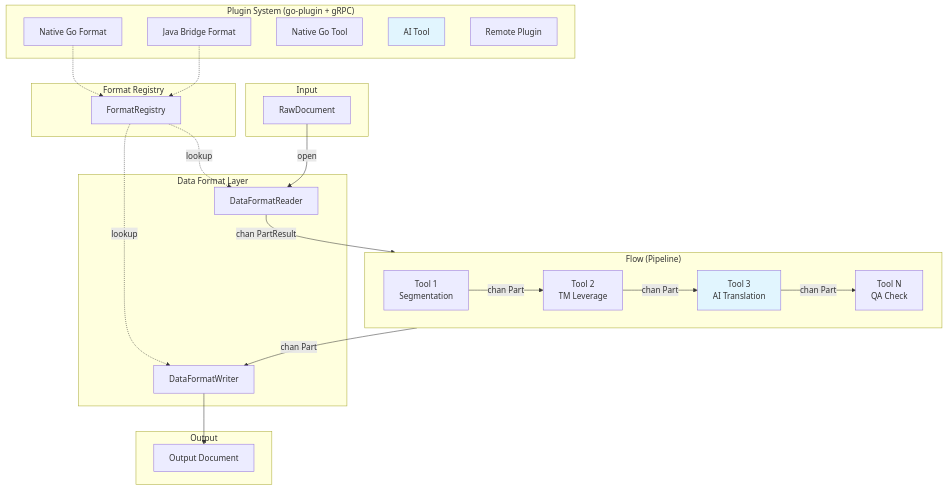
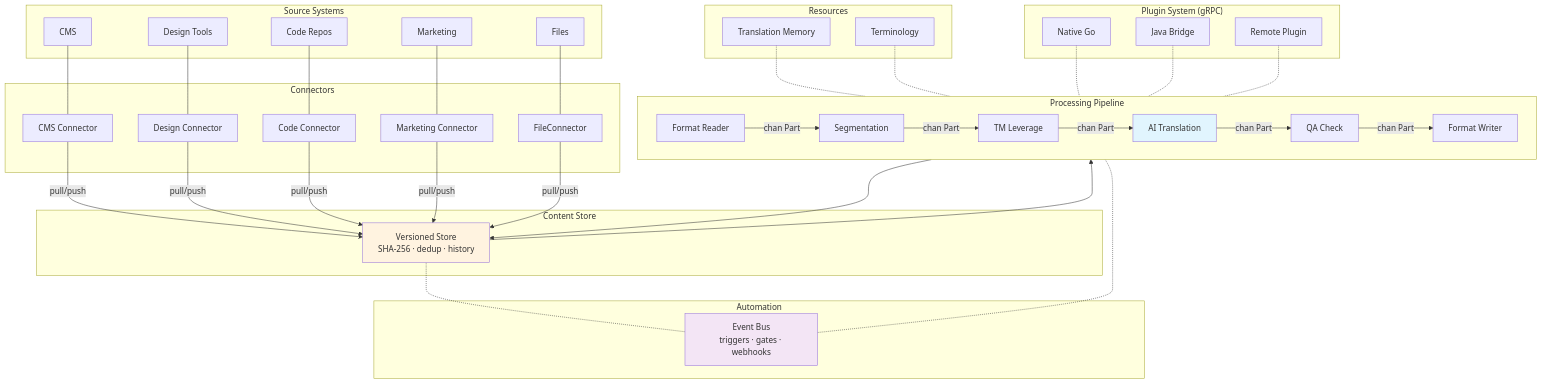
One commit to neokapi/neokapi changed the first of 2 diagrams in website/docs/developer/architecture.md. Above: the diagram before and after it, drawn with Mermaid. The commit also changed other lines of this file and 3 other files, not shown here.

````diff
--- a/website/docs/developer/architecture.md
+++ b/website/docs/developer/architecture.md
@@ -14,51 +16,81 @@
 ```mermaid
 graph TB
-    subgraph Input
-        RD[RawDocument]
+    subgraph "Source Systems"
+        CMS[CMS]
+        Design[Design Tools]
+        Code[Code Repos]
+        Marketing[Marketing]
+        Files[Files]
     end
 
-    subgraph "Data Format Layer"
-        DFR[DataFormatReader]
-        DFW[DataFormatWriter]
+    subgraph "Connectors"
+        C1[CMS Connector]
+        C2[Design Connector]
+        C3[Code Connector]
+        C4[Marketing Connector]
+        C5[FileConnector]
     end
 
-    subgraph "Flow (Pipeline)"
+    CMS --- C1
+    Design --- C2
+    Code --- C3
+    Marketing --- C4
+    Files --- C5
+
+    subgraph "Content Store"
+        CS[Versioned Store<br/>SHA-256 · dedup · history]
+    end
+
+    C1 -->|pull/push| CS
+    C2 -->|pull/push| CS
+    C3 -->|pull/push| CS
+    C4 -->|pull/push| CS
+    C5 -->|pull/push| CS
+
+    subgraph "Processing Pipeline"
         direction LR
-        T1[Tool 1<br/>Segmentation]
-        T2[Tool 2<br/>TM Leverage]
-        T3[Tool 3<br/>AI Translation]
-        T4[Tool N<br/>QA Check]
+        DFR[Format Reader]
+        T1[Segmentation]
+        T2[TM Leverage]
+        T3[AI Translation]
+        T4[QA Check]
+        DFW[Format Writer]
+        DFR -->|"chan Part"| T1
         T1 -->|"chan Part"| T2
         T2 -->|"chan Part"| T3
         T3 -->|"chan Part"| T4
+        T4 -->|"chan Part"| DFW
     end
 
-    subgraph Output
-        OUT[Output Document]
+    CS --> DFR
+    DFW --> CS
+
+    subgraph "Resources"
+        TM[Translation Memory]
+        TB[Terminology]
     end
 
-    RD -->|open| DFR
-    DFR -->|"chan PartResult"| T1
-    T4 -->|"chan Part"| DFW
-    DFW --> OUT
+    TM -.- T2
+    TB -.- T4
 
-    subgraph "Plugin System (go-plugin + gRPC)"
-        P1[Native Go Format]
-        P2[Java Bridge Format]
-        P3[Native Go Tool]
-        P4[AI Tool]
-        P5[Remote Plugin]
+    subgraph "Automation"
+        EVT[Event Bus<br/>triggers · gates · webhooks]
     end
 
-    subgraph "Format Registry"
-        FR[FormatRegistry]
+    CS -.- EVT
+    EVT -.- DFR
+
+    subgraph "Plugin System (gRPC)"
+        P1[Native Go]
+        P2[Java Bridge]
+        P3[Remote Plugin]
     end
 
-    FR -.->|lookup| DFR
-    FR -.->|lookup| DFW
-    P1 -.-> FR
-    P2 -.-> FR
+    P1 -.- T1
+    P2 -.- DFR
+    P3 -.- T3
 
     style T3 fill:#e1f5fe
-    style P4 fill:#e1f5fe
+    style CS fill:#fff3e0
+    style EVT fill:#f3e5f5
 ```
````
